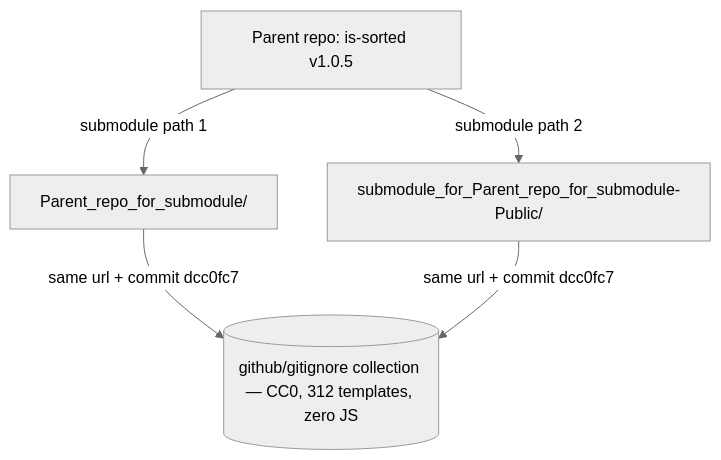
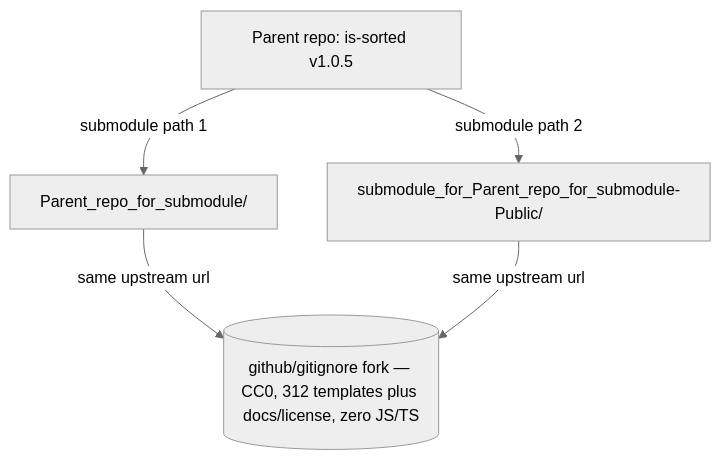
One commit to lakshya-blitzy/Parent_repo_for_submodule changed the second of 2 diagrams in README.md. Above: the diagram before and after it, drawn with Mermaid (neutral theme). The commit also changed other lines of this file, not shown here.

````diff
--- a/README.md
+++ b/README.md
@@ -265,7 +288,7 @@
 ```mermaid
 graph TD
     P[Parent repo: is-sorted v1.0.5] -->|submodule path 1| S1[Parent_repo_for_submodule/]
     P -->|submodule path 2| S2[submodule_for_Parent_repo_for_submodule-Public/]
-    S1 -->|same url + commit dcc0fc7| U[(github/gitignore collection — CC0, 312 templates, zero JS)]
-    S2 -->|same url + commit dcc0fc7| U
+    S1 -->|same upstream url| U[(github/gitignore fork — CC0, 312 templates plus docs/license, zero JS/TS)]
+    S2 -->|same upstream url| U
 ```
````
